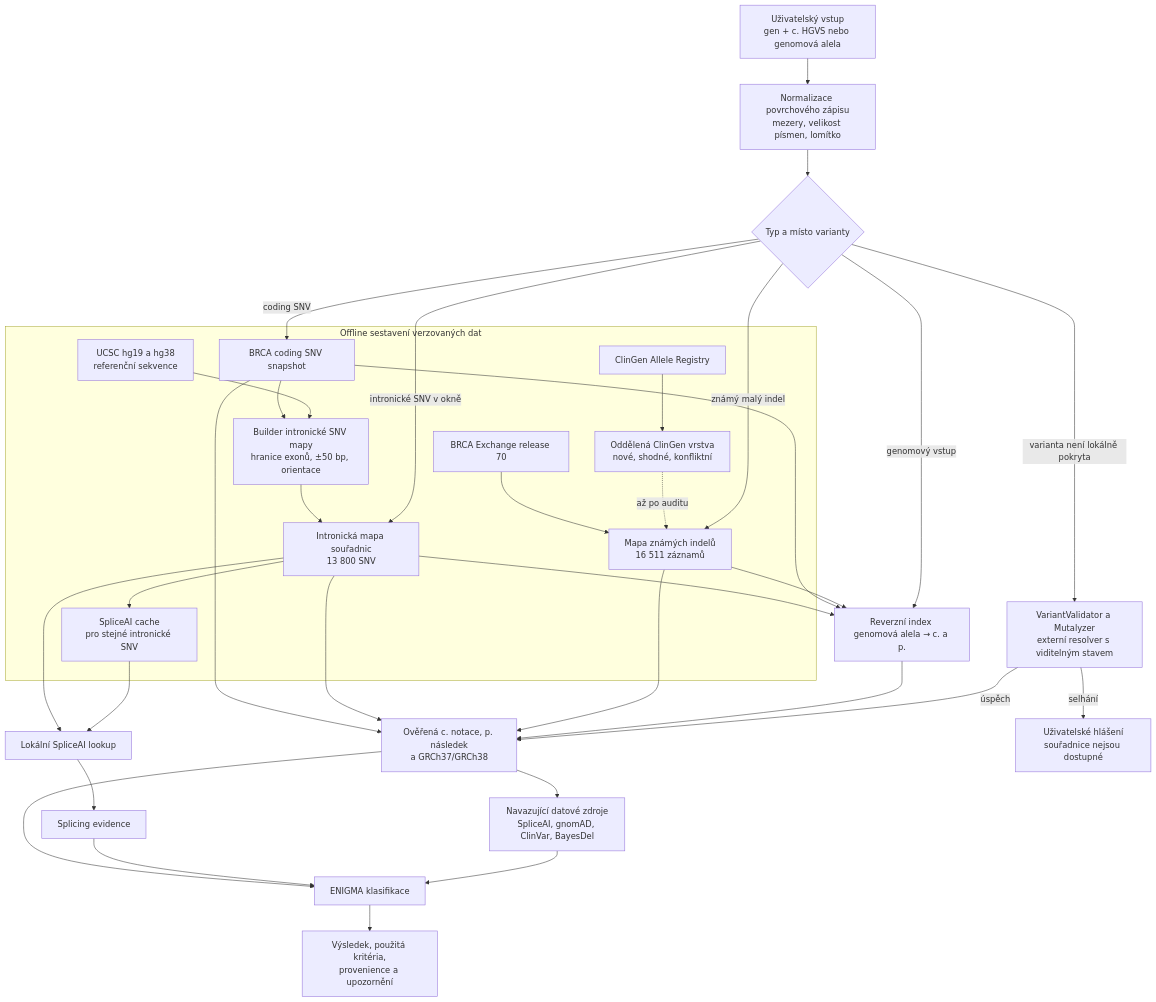
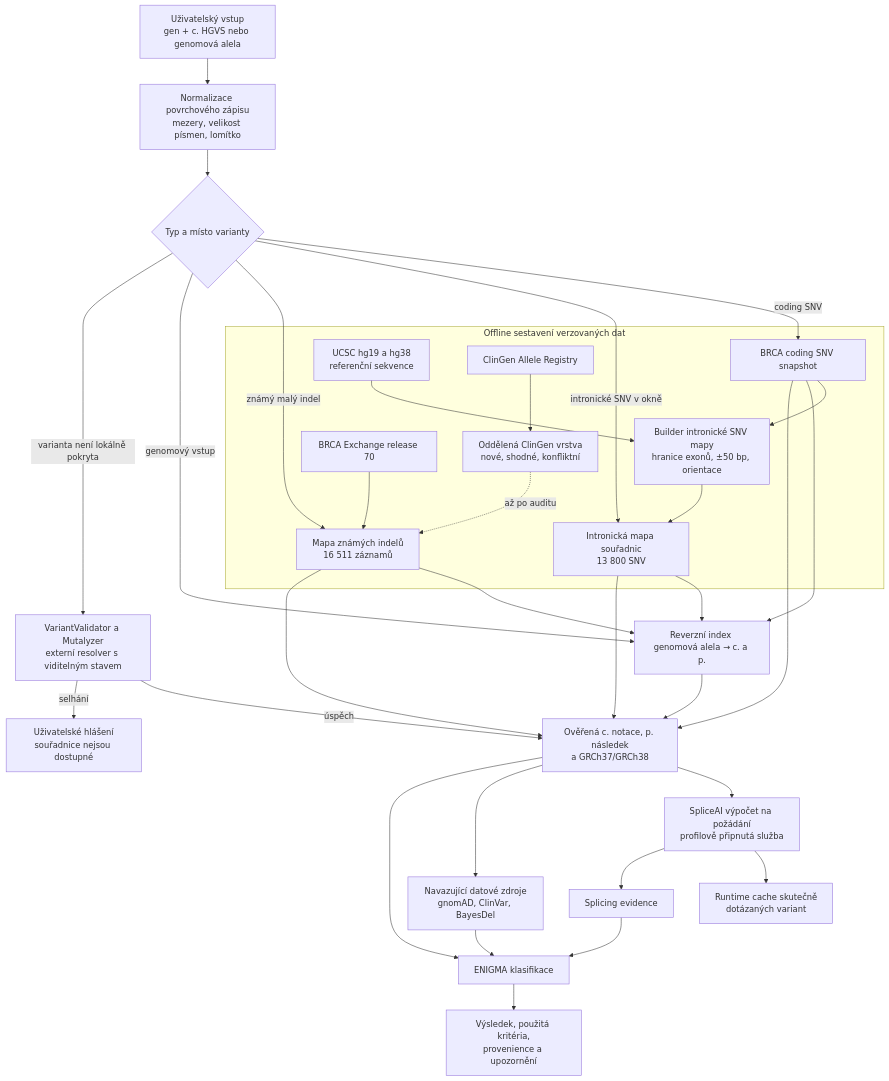
Before and after one commit to kamclar/ariane: the diagram in docs/coordinate_and_indel_data_flow.md, drawn with Mermaid. The commit also changed other lines of this file and 137 other files, not shown here.

````diff
--- a/docs/coordinate_and_indel_data_flow.md
+++ b/docs/coordinate_and_indel_data_flow.md
@@ -143,59 +144,57 @@
 ```mermaid
 flowchart TD
     U[Uživatelský vstup<br/>gen + c. HGVS nebo genomová alela]
     P[Normalizace povrchového zápisu<br/>mezery, velikost písmen, lomítko]
     T{Typ a místo varianty}
 
     U --> P --> T
 
     subgraph BUILD[Offline sestavení verzovaných dat]
         CS[BRCA coding SNV snapshot]
         UCSC[UCSC hg19 a hg38<br/>referenční sekvence]
         IMB[Builder intronické SNV mapy<br/>hranice exonů, ±50 bp, orientace]
         ICM[Intronická mapa souřadnic<br/>13 800 SNV]
-        SAI[SpliceAI cache<br/>pro stejné intronické SNV]
 
         BE[BRCA Exchange release 70]
         IBM[Mapa známých indelů<br/>16 511 záznamů]
         CAR[ClinGen Allele Registry]
         COV[Oddělená ClinGen vrstva<br/>nové, shodné, konfliktní]
 
         CS --> IMB
         UCSC --> IMB
         IMB --> ICM
-        ICM --> SAI
 
         BE --> IBM
         CAR --> COV
         COV -. až po auditu .-> IBM
     end
 
     T -->|coding SNV| CS
     T -->|intronické SNV v okně| ICM
     T -->|známý malý indel| IBM
     T -->|genomový vstup| REV[Reverzní index genomová alela → c. a p.]
 
     ICM --> REV
     CS --> REV
     IBM --> REV
 
-    ICM --> SAIR[Lokální SpliceAI lookup]
-    SAI --> SAIR
+    R --> SAIR[SpliceAI výpočet na požádání<br/>profilově připnutá služba]
+    SAIR --> SAC[Runtime cache skutečně<br/>dotázaných variant]
 
     CS --> R[Ověřená c. notace, p. následek<br/>a GRCh37/GRCh38]
     ICM --> R
     IBM --> R
     REV --> R
     SAIR --> E[Splicing evidence]
 
     T -->|varianta není lokálně pokryta| EXT[VariantValidator a Mutalyzer<br/>externí resolver s viditelným stavem]
     EXT -->|úspěch| R
     EXT -->|selhání| W[Uživatelské hlášení<br/>souřadnice nejsou dostupné]
 
-    R --> DS[Navazující datové zdroje<br/>SpliceAI, gnomAD, ClinVar, BayesDel]
+    R --> DS[Navazující datové zdroje<br/>gnomAD, ClinVar, BayesDel]
     R --> CL[ENIGMA klasifikace]
     E --> CL
     DS --> CL
 
     CL --> OUT[Výsledek, použitá kritéria,<br/>provenience a upozornění]
 ```
````
